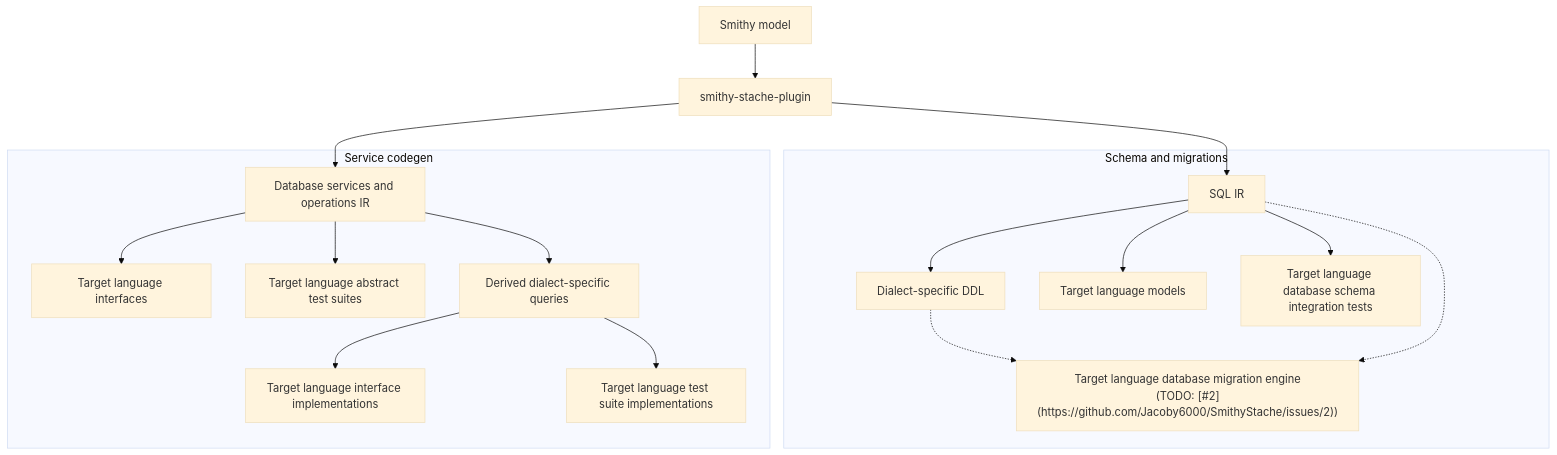
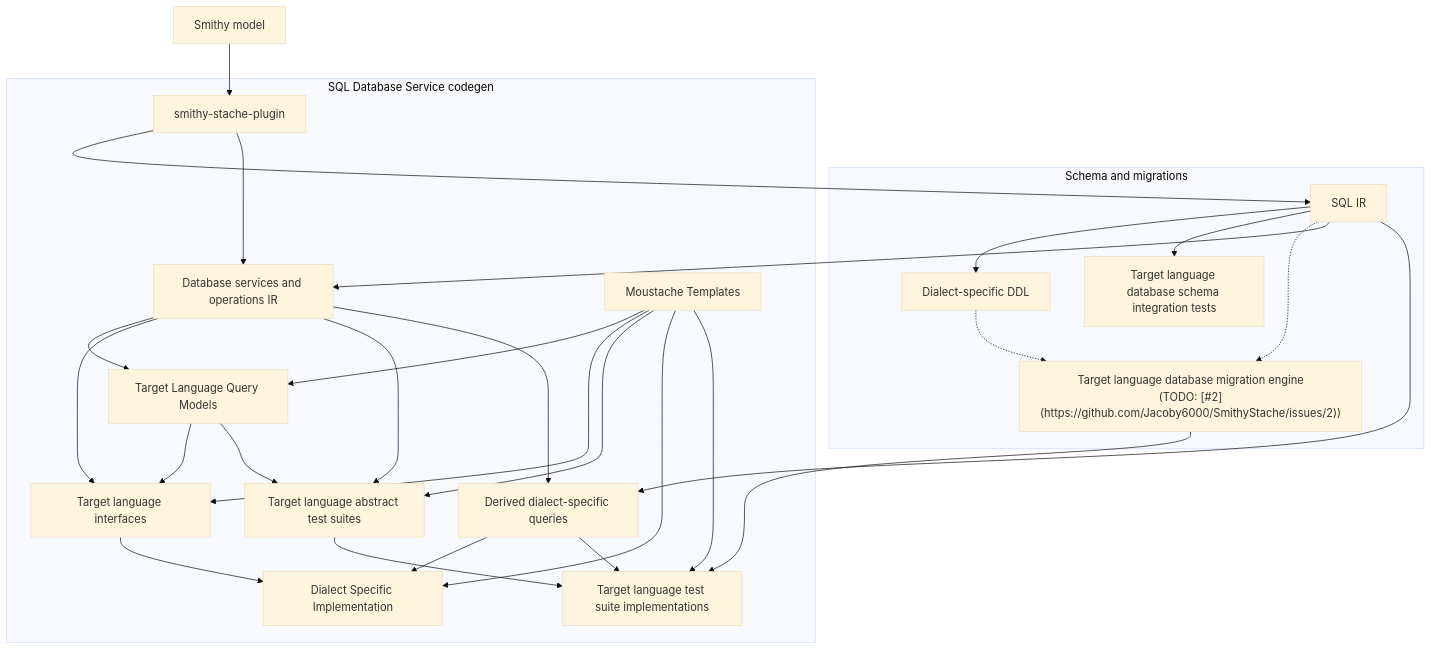
The diagram in docs/reusable-components/architecture-pipeline.mmd (Jacoby6000/Smithplates), drawn with Mermaid (base theme) before and after one commit. The commit also changed 207 other files, not shown here.

```diff
--- a/docs/reusable-components/architecture-pipeline.mmd
+++ b/docs/reusable-components/architecture-pipeline.mmd
@@ -1,25 +1,47 @@
 flowchart TD
     SM["Smithy model"]
     SSP["smithy-stache-plugin"]
 
     SM --> SSP
 
     SSP --> SQLIR["SQL IR"]
-    SSP --> SVCIR["Database services and operations IR"]
+
 
     subgraph schema["Schema and migrations"]
         SQLIR --> DDL["Dialect-specific DDL"]
-        SQLIR --> TLModels["Target language models"]
         SQLIR --> SchemaIT["Target language database schema integration tests"]
+        
         Migration["Target language database migration engine<br/>(TODO: [#2](https://github.com/Jacoby6000/SmithyStache/issues/2))"]
-        DDL -.-> Migration
+        DDL   -.-> Migration
         SQLIR -.-> Migration
     end
 
-    subgraph services["Service codegen"]
+    subgraph services["SQL Database Service codegen"]
+        SSP   --> SVCIR["Database services and operations IR"]
+        SQLIR --> SVCIR
+        
+        MT["Moustache Templates"]
+        SVCIR --> TLQM["Target Language Query Models"]
+        MT    --> TLQM
+
         SVCIR --> Interfaces["Target language interfaces"]
+        MT    --> Interfaces   
+        TLQM  --> Interfaces
+
         SVCIR --> AbstractTests["Target language abstract test suites"]
+        MT    --> AbstractTests
+        TLQM  --> AbstractTests
+
         SVCIR --> DerivedQueries["Derived dialect-specific queries"]
-        DerivedQueries --> Impl["Target language interface implementations"]
-        DerivedQueries --> TestImpl["Target language test suite implementations"]
+        SQLIR --> DerivedQueries
+
+        Interfaces     --> Impl["Dialect Specific Implementation"]
+        MT             --> Impl        
+        DerivedQueries --> Impl
+
+        Migration      --> TestImpl["Target language test suite implementations"]
+        MT             --> TestImpl
+        DerivedQueries --> TestImpl
+        AbstractTests  --> TestImpl
+
     end
```
